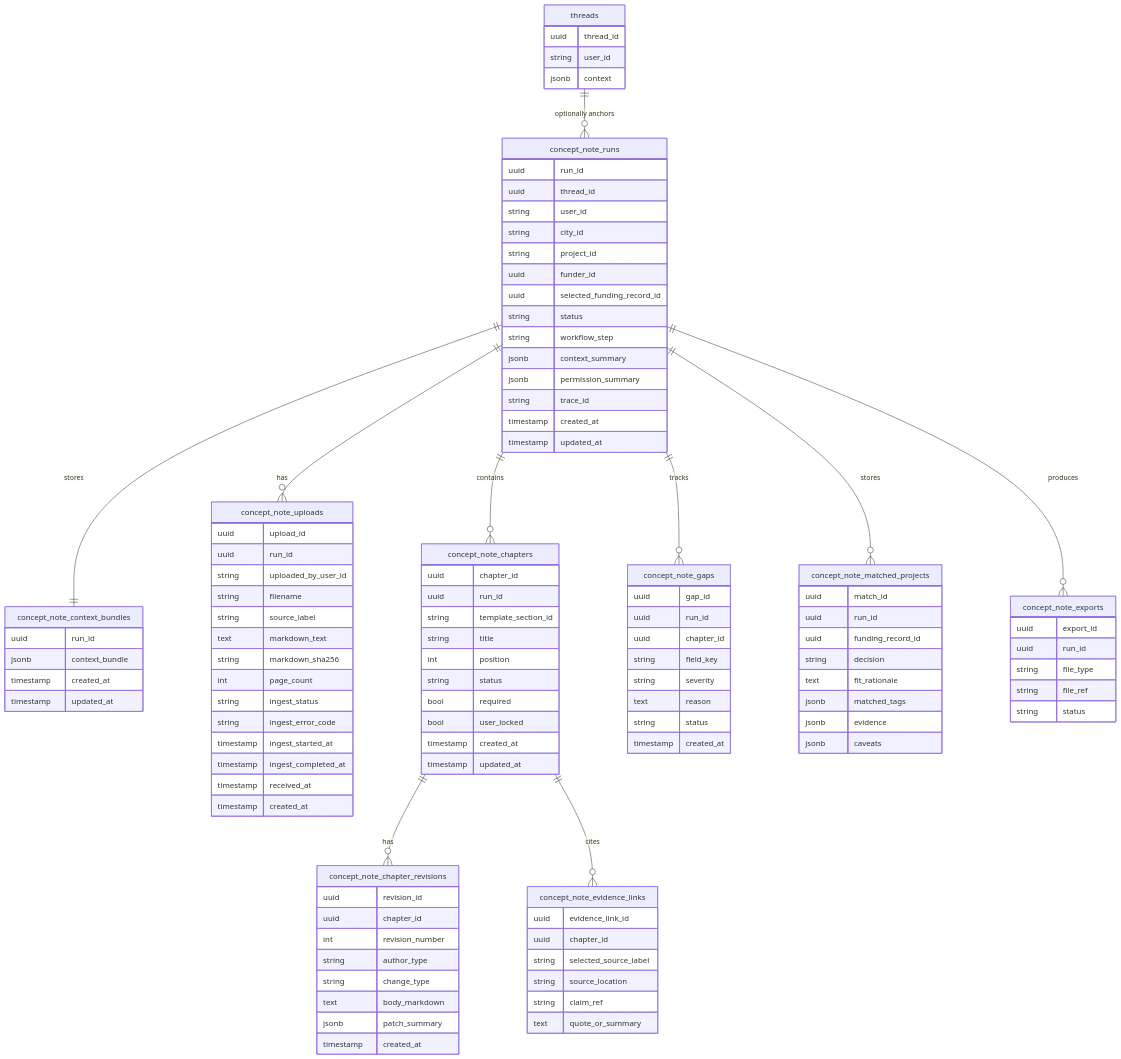
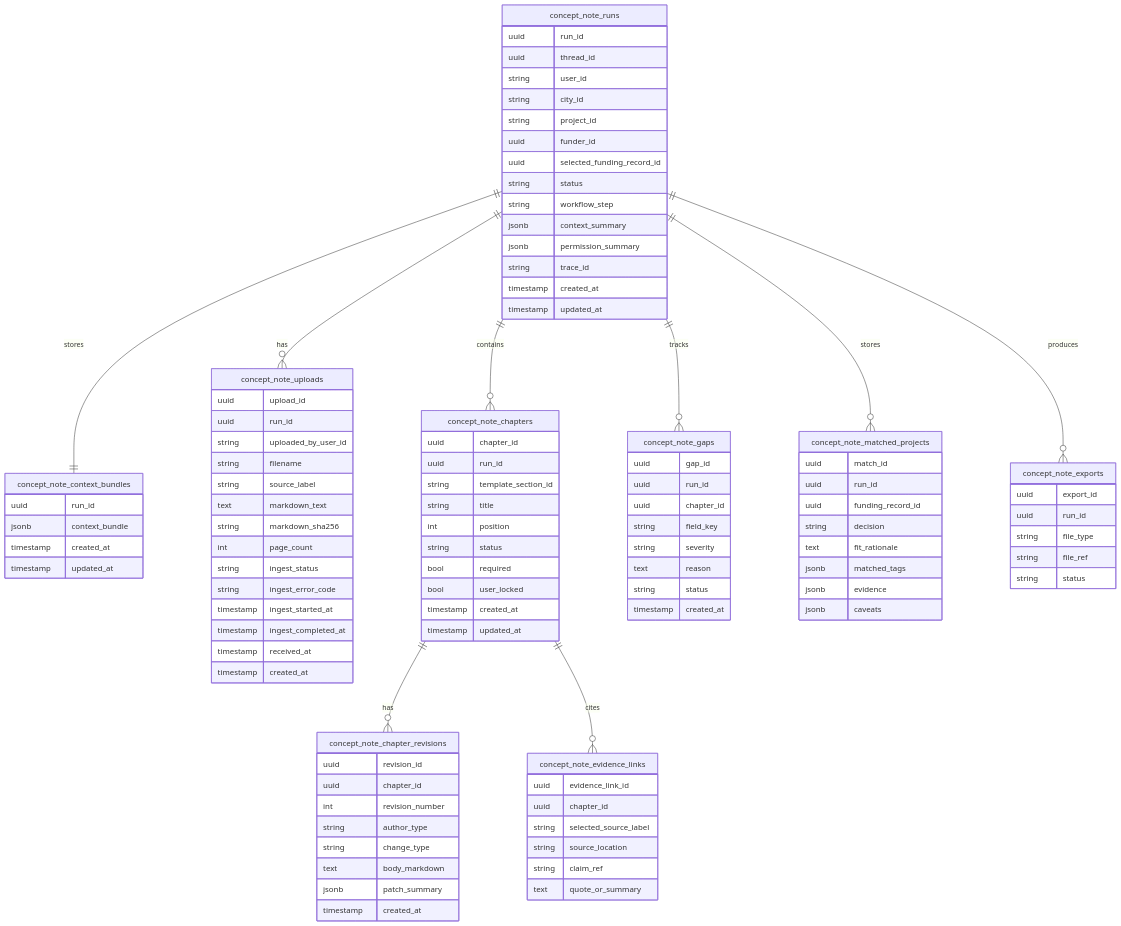
One commit to Open-Earth-Foundation/CityCatalyst changed the sixth of 14 diagrams in docs/ConceptNoteBuilderArchitecture.md. Above: the diagram before and after it, drawn with Mermaid. The commit also changed other lines of this file and 20 other files, not shown here.

````diff
--- a/docs/ConceptNoteBuilderArchitecture.md
+++ b/docs/ConceptNoteBuilderArchitecture.md
@@ -555,6 +770,5 @@
 ```mermaid
 erDiagram
-    threads ||--o{ concept_note_runs : "optionally anchors"
     concept_note_runs ||--|| concept_note_context_bundles : "stores"
     concept_note_runs ||--o{ concept_note_uploads : "has"
     concept_note_runs ||--o{ concept_note_chapters : "contains"
@@ -563,12 +777,6 @@
     concept_note_runs ||--o{ concept_note_exports : "produces"
     concept_note_chapters ||--o{ concept_note_chapter_revisions : "has"
     concept_note_chapters ||--o{ concept_note_evidence_links : "cites"
-
-    threads {
-        uuid thread_id
-        string user_id
-        jsonb context
-    }
 
     concept_note_runs {
         uuid run_id
````
